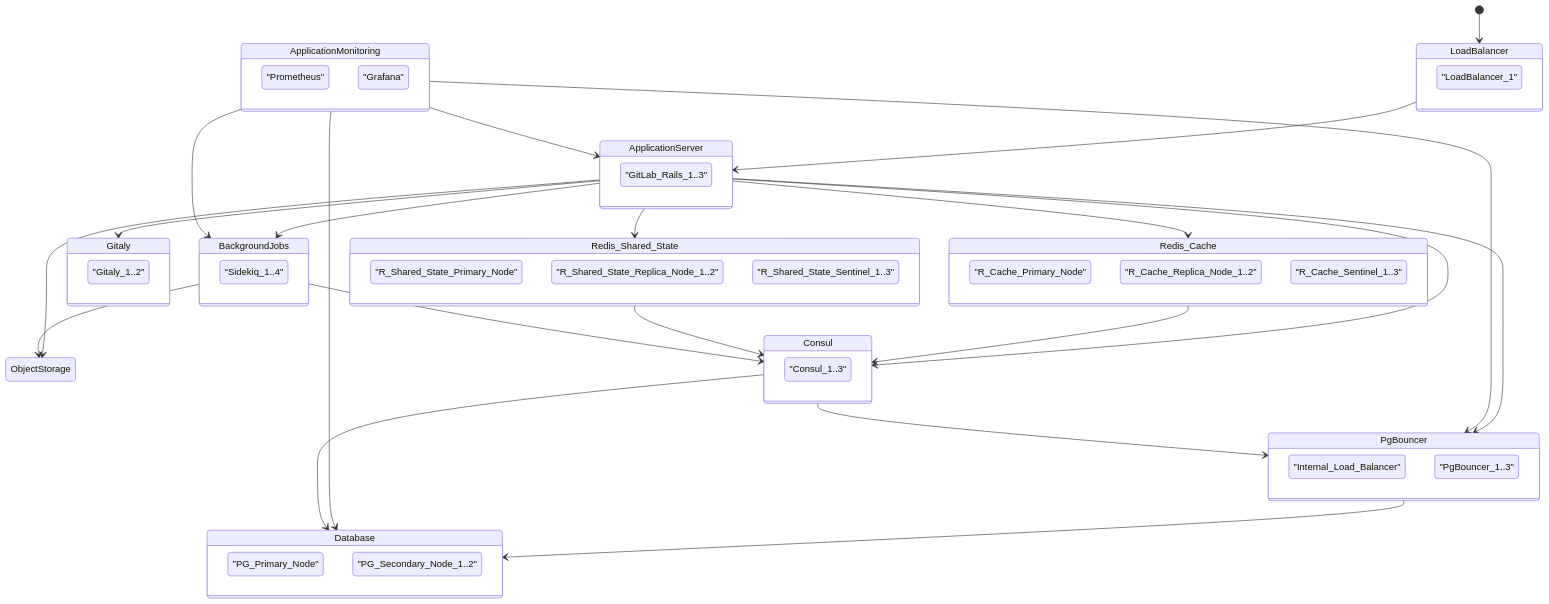
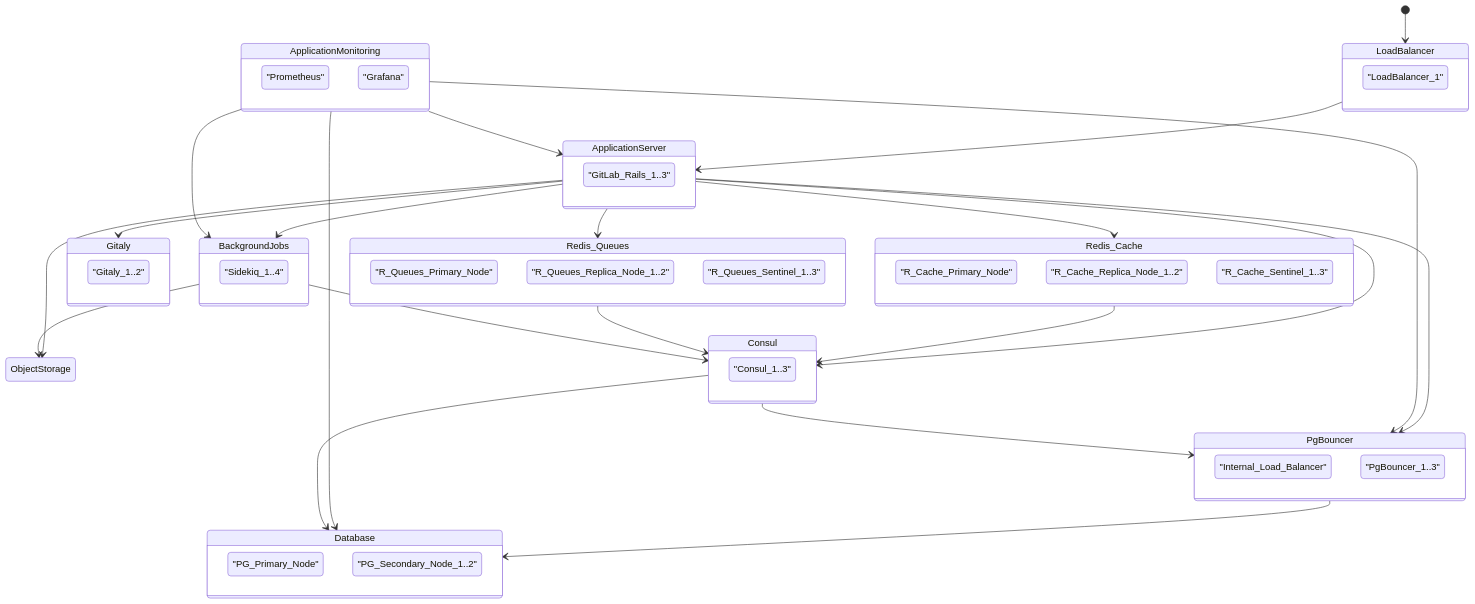
Before and after one commit to nickbrandt/GitLab: the diagram in doc/administration/reference_architectures/10k_users.md, drawn with Mermaid. The commit also changed 2 other files, not shown here.

Commit message:
Rename Shared State to Queues

````diff
--- a/doc/administration/reference_architectures/10k_users.md
+++ b/doc/administration/reference_architectures/10k_users.md
@@ -36,74 +36,74 @@
 ```mermaid
 stateDiagram-v2
     [*] --> LoadBalancer
     LoadBalancer --> ApplicationServer
 
     ApplicationServer --> BackgroundJobs
     ApplicationServer --> Gitaly
     ApplicationServer --> Redis_Cache
-    ApplicationServer --> Redis_Shared_State
+    ApplicationServer --> Redis_Queues
     ApplicationServer --> PgBouncer
     PgBouncer --> Database
     ApplicationServer --> ObjectStorage
     BackgroundJobs --> ObjectStorage
 
     ApplicationMonitoring -->ApplicationServer
     ApplicationMonitoring -->PgBouncer
     ApplicationMonitoring -->Database
     ApplicationMonitoring -->BackgroundJobs
 
     ApplicationServer --> Consul
 
     Consul --> Database
     Consul --> PgBouncer
     Redis_Cache --> Consul
-    Redis_Shared_State --> Consul
+    Redis_Queues --> Consul
     BackgroundJobs --> Consul
 
     state Consul {
       "Consul_1..3"
     }
 
     state Database {
       "PG_Primary_Node"
       "PG_Secondary_Node_1..2"
     }
 
     state Redis_Cache {
       "R_Cache_Primary_Node"
       "R_Cache_Replica_Node_1..2"
       "R_Cache_Sentinel_1..3"
     }
 
-    state Redis_Shared_State {
-      "R_Shared_State_Primary_Node"
-      "R_Shared_State_Replica_Node_1..2"
-      "R_Shared_State_Sentinel_1..3"
+    state Redis_Queues {
+      "R_Queues_Primary_Node"
+      "R_Queues_Replica_Node_1..2"
+      "R_Queues_Sentinel_1..3"
     }
 
     state Gitaly {
       "Gitaly_1..2"
     }
 
     state BackgroundJobs {
       "Sidekiq_1..4"
     }
 
     state ApplicationServer {
       "GitLab_Rails_1..3"
     }
 
     state LoadBalancer {
       "LoadBalancer_1"
     }
 
     state ApplicationMonitoring {
       "Prometheus"
       "Grafana"
     }
 
     state PgBouncer {
       "Internal_Load_Balancer"
       "PgBouncer_1..3"
     }
 ```
````
